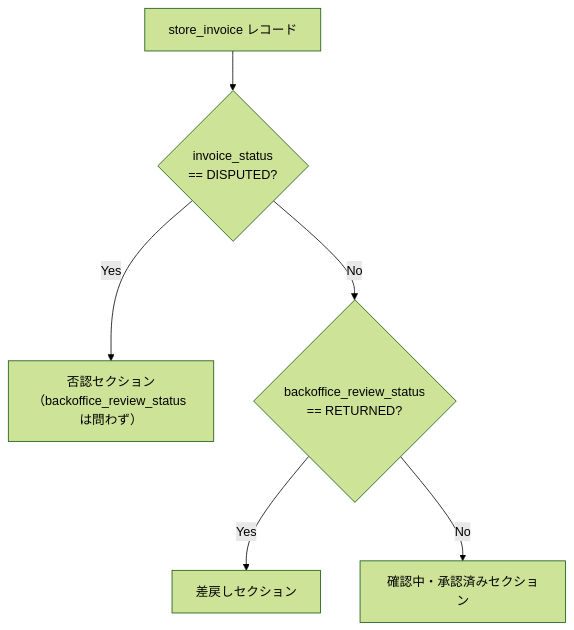
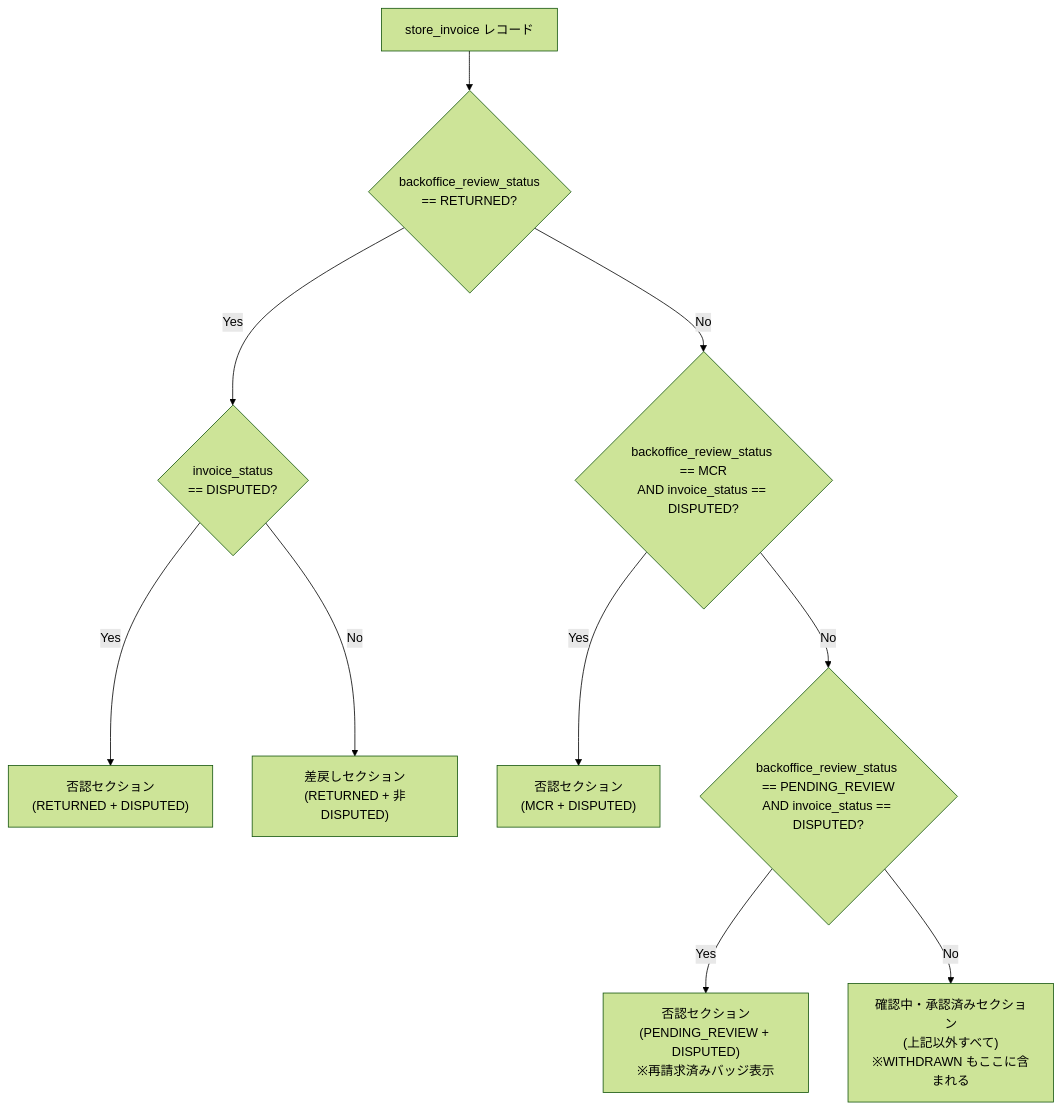
Before and after one commit to USEN-PAY-Products/connect-wholesale-gas-poc: the third of 15 diagrams in docs/detail_page_specification.md, drawn with Mermaid (forest theme). The commit also changed other lines of this file and 1 other file, not shown here.

Commit message:
copilot指摘修正

````diff
--- a/docs/detail_page_specification.md
+++ b/docs/detail_page_specification.md
@@ -103,8 +103,12 @@
 ```mermaid
 flowchart TD
-    A[store_invoice レコード] --> B{invoice_status\n== DISPUTED?}
-    B -- Yes --> C["否認セクション\n（backoffice_review_status は問わず）"]
-    B -- No --> D{backoffice_review_status\n== RETURNED?}
-    D -- Yes --> E["差戻しセクション"]
-    D -- No --> F["確認中・承認済みセクション"]
+    A[store_invoice レコード] --> B{backoffice_review_status\n== RETURNED?}
+    B -- Yes --> C{invoice_status\n== DISPUTED?}
+    C -- Yes --> D["否認セクション\n(RETURNED + DISPUTED)"]
+    C -- No --> E["差戻しセクション\n(RETURNED + 非DISPUTED)"]
+    B -- No --> F{backoffice_review_status == MCR\nAND invoice_status == DISPUTED?}
+    F -- Yes --> G["否認セクション\n(MCR + DISPUTED)"]
+    F -- No --> H{backoffice_review_status == PENDING_REVIEW\nAND invoice_status == DISPUTED?}
+    H -- Yes --> I["否認セクション\n(PENDING_REVIEW + DISPUTED)\n※再請求済みバッジ表示"]
+    H -- No --> J["確認中・承認済みセクション\n(上記以外すべて)\n※WITHDRAWN もここに含まれる"]
 ```
````
